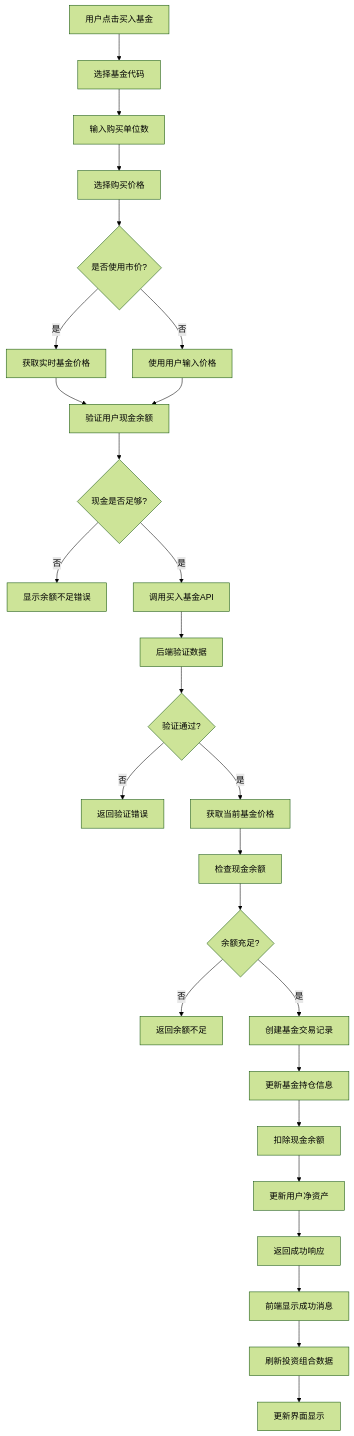
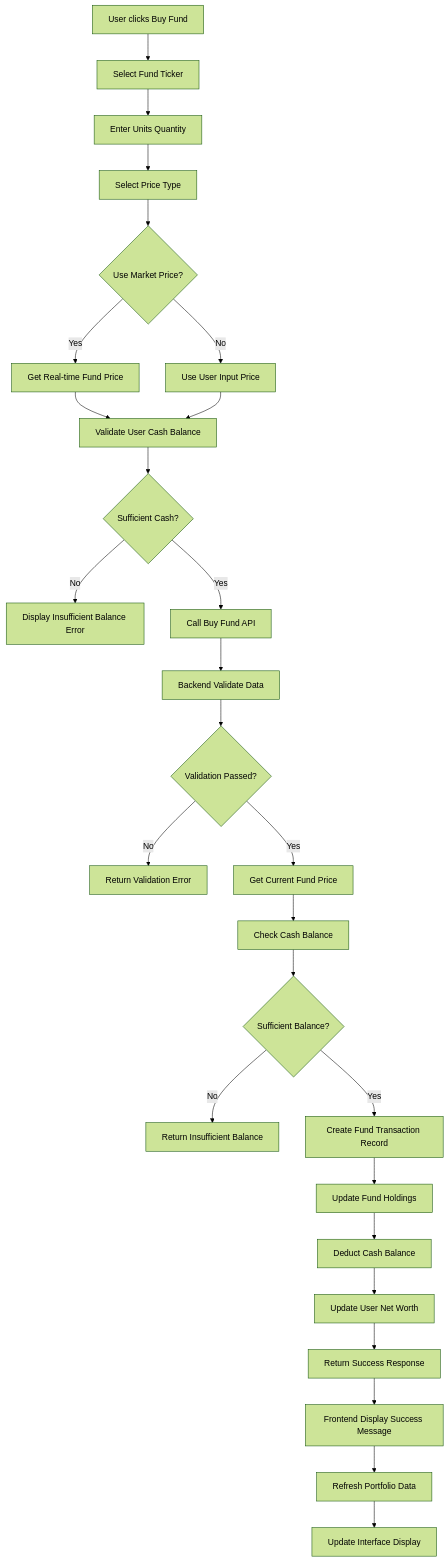
One commit to CDKStudy/Portfolio_Manager changed the third of 20 diagrams in FLOWCHARTS.md. Above: the diagram before and after it, drawn with Mermaid (forest theme). The commit also changed other lines of this file, not shown here.

Commit message:
update flowchart

````diff
--- a/FLOWCHARTS.md
+++ b/FLOWCHARTS.md
@@ -73,29 +73,29 @@
 ```mermaid
 flowchart TD
-    A[用户点击买入基金] --> B[选择基金代码]
-    B --> C[输入购买单位数]
-    C --> D[选择购买价格]
-    D --> E{是否使用市价?}
-    E -->|是| F[获取实时基金价格]
-    E -->|否| G[使用用户输入价格]
-    F --> H[验证用户现金余额]
+    A[User clicks Buy Fund] --> B[Select Fund Ticker]
+    B --> C[Enter Units Quantity]
+    C --> D[Select Price Type]
+    D --> E{Use Market Price?}
+    E -->|Yes| F[Get Real-time Fund Price]
+    E -->|No| G[Use User Input Price]
+    F --> H[Validate User Cash Balance]
     G --> H
-    H --> I{现金是否足够?}
-    I -->|否| J[显示余额不足错误]
-    I -->|是| K[调用买入基金API]
-    K --> L[后端验证数据]
-    L --> M{验证通过?}
-    M -->|否| N[返回验证错误]
-    M -->|是| O[获取当前基金价格]
-    O --> P[检查现金余额]
-    P --> Q{余额充足?}
-    Q -->|否| R[返回余额不足]
-    Q -->|是| S[创建基金交易记录]
-    S --> T[更新基金持仓信息]
-    T --> U[扣除现金余额]
-    U --> V[更新用户净资产]
-    V --> W[返回成功响应]
-    W --> X[前端显示成功消息]
-    X --> Y[刷新投资组合数据]
-    Y --> Z[更新界面显示]
+    H --> I{Sufficient Cash?}
+    I -->|No| J[Display Insufficient Balance Error]
+    I -->|Yes| K[Call Buy Fund API]
+    K --> L[Backend Validate Data]
+    L --> M{Validation Passed?}
+    M -->|No| N[Return Validation Error]
+    M -->|Yes| O[Get Current Fund Price]
+    O --> P[Check Cash Balance]
+    P --> Q{Sufficient Balance?}
+    Q -->|No| R[Return Insufficient Balance]
+    Q -->|Yes| S[Create Fund Transaction Record]
+    S --> T[Update Fund Holdings]
+    T --> U[Deduct Cash Balance]
+    U --> V[Update User Net Worth]
+    V --> W[Return Success Response]
+    W --> X[Frontend Display Success Message]
+    X --> Y[Refresh Portfolio Data]
+    Y --> Z[Update Interface Display]
 ```
````
